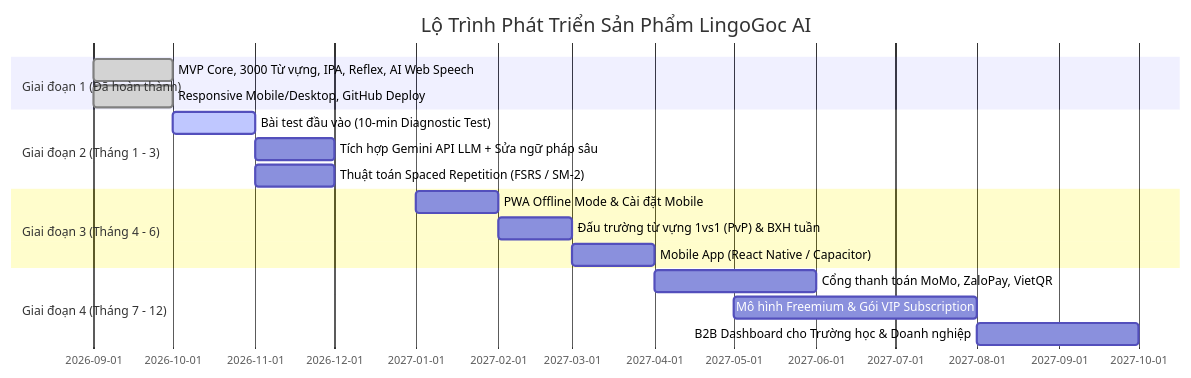
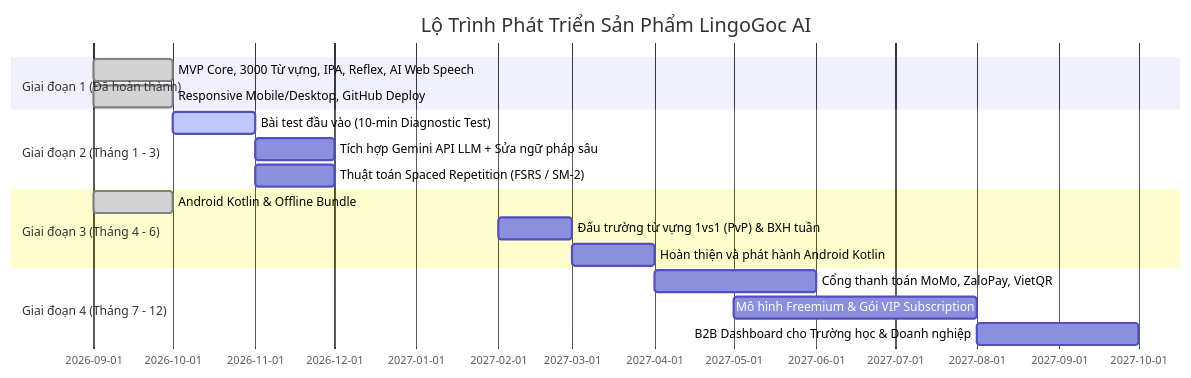
Before and after one commit to Quyenlaaaa/lingogoc-app: the diagram in PRODUCT_ROADMAP.md, drawn with Mermaid. The commit also changed other lines of this file and 30 other files, not shown here.

Commit message:
feat: add Kotlin Android app and voice settings

````diff
--- a/PRODUCT_ROADMAP.md
+++ b/PRODUCT_ROADMAP.md
@@ -19,20 +19,20 @@
 ```mermaid
 gantt
     title Lộ Trình Phát Triển Sản Phẩm LingoGoc AI
     dateFormat  YYYY-MM
     section Giai đoạn 1 (Đã hoàn thành)
     MVP Core, 3000 Từ vựng, IPA, Reflex, AI Web Speech :done, m1, 2026-09, 2026-10
     Responsive Mobile/Desktop, GitHub Deploy          :done, m2, 2026-09, 2026-10
     section Giai đoạn 2 (Tháng 1 - 3)
     Bài test đầu vào (10-min Diagnostic Test)         :active, p1, 2026-10, 2026-11
     Tích hợp Gemini API LLM + Sửa ngữ pháp sâu         :p2, 2026-11, 2026-12
     Thuật toán Spaced Repetition (FSRS / SM-2)        :p3, 2026-11, 2026-12
     section Giai đoạn 3 (Tháng 4 - 6)
-    PWA Offline Mode & Cài đặt Mobile                 :p4, 2027-01, 2027-02
+    Android Kotlin & Offline Bundle                   :done, p4, 2026-09, 2026-10
     Đấu trường từ vựng 1vs1 (PvP) & BXH tuần          :p5, 2027-02, 2027-03
-    Mobile App (React Native / Capacitor)             :p6, 2027-03, 2027-04
+    Hoàn thiện và phát hành Android Kotlin            :p6, 2027-03, 2027-04
     section Giai đoạn 4 (Tháng 7 - 12)
     Cổng thanh toán MoMo, ZaloPay, VietQR             :p7, 2027-04, 2027-06
     Mô hình Freemium & Gói VIP Subscription           :p8, 2027-05, 2027-08
     B2B Dashboard cho Trường học & Doanh nghiệp       :p9, 2027-08, 2027-10
 ```
````
